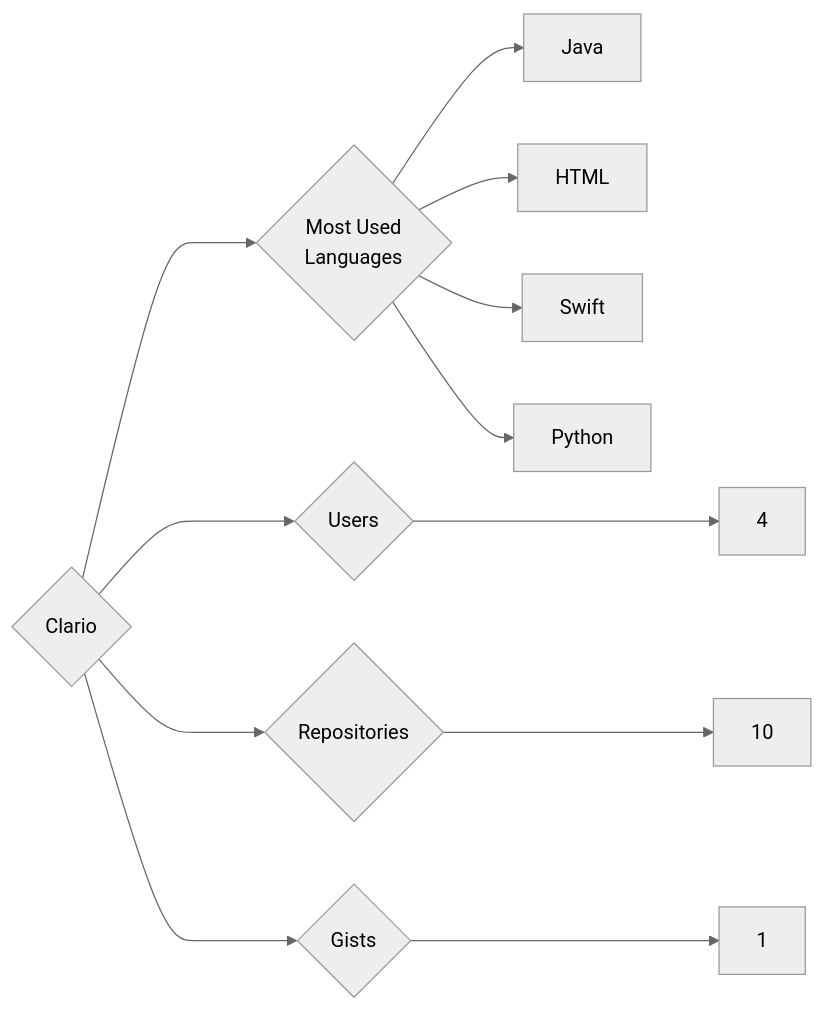
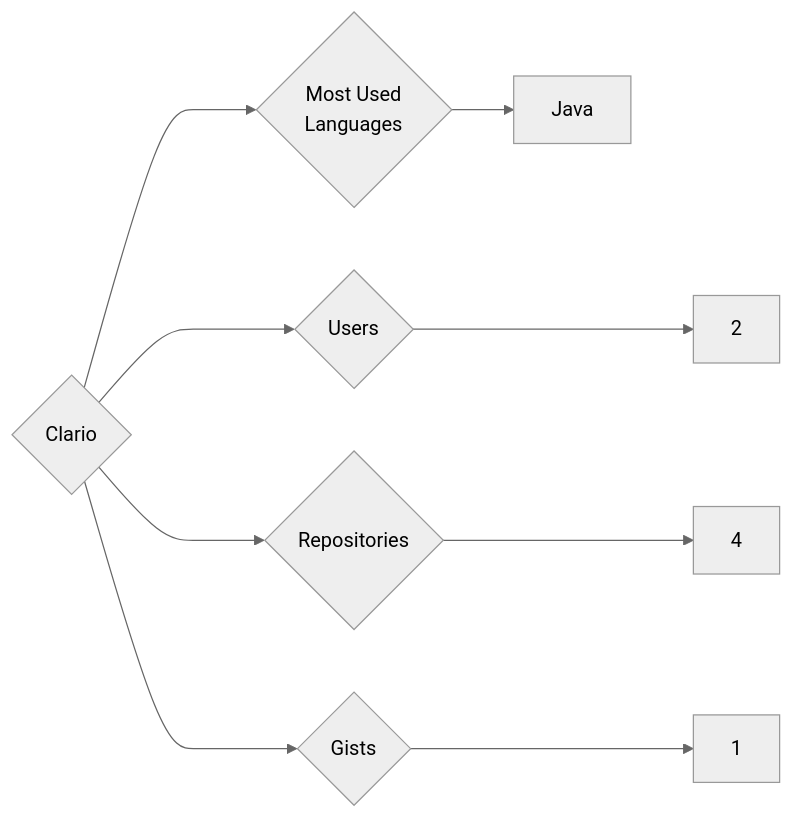
One commit to trickest/insiders changed the diagram in targets/Clario/README.md. Above: the diagram before and after it, drawn with Mermaid (neutral theme). The commit also changed 1055 other files, not shown here.

````diff
--- a/targets/Clario/README.md
+++ b/targets/Clario/README.md
@@ -3,12 +3,9 @@
 ```mermaid
 graph LR
 COMPANY_NAME{Clario}
-COMPANY_NAME ---> U{Users} ---> UN[4]
-COMPANY_NAME ---> R{Repositories} ---> RN[10]
+COMPANY_NAME ---> U{Users} ---> UN[2]
+COMPANY_NAME ---> R{Repositories} ---> RN[4]
 COMPANY_NAME ---> G{Gists} ---> GN[1]
 COMPANY_NAME ---> ML{Most Used<br>Languages}
 ML --> Java[Java]
-ML --> HTML[HTML]
-ML --> Swift[Swift]
-ML --> Python[Python]
 ```
````
